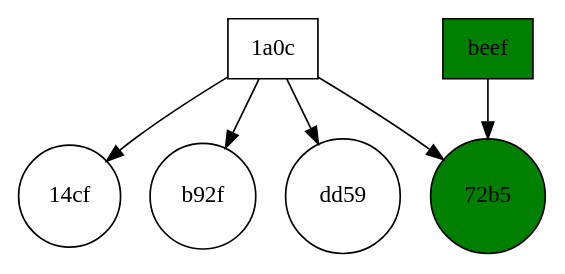
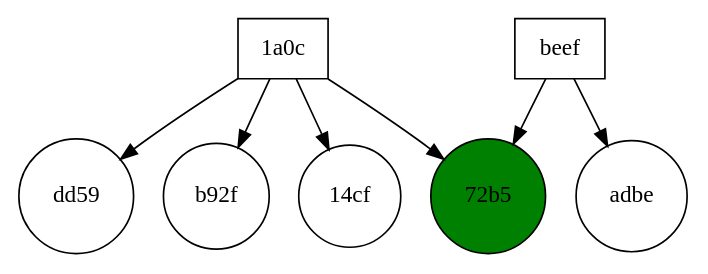
One commit to ziyadalrasbi/F20SC-CW2 changed the diagram in doctest-output/visitor.gv. Above: the diagram before and after it, drawn with Graphviz. The commit also changed 2 other files, not shown here.

```diff
--- a/doctest-output/visitor.gv
+++ b/doctest-output/visitor.gv
@@ -1,19 +1,26 @@
 digraph visitor {
 	graph [rank=min]
 	node [shape=rectangle]
 	"4108dc09bfe11a0c" [label="1a0c" fillcolor=white shape=rectangle style=filled]
+	"4108dc09bfe11a0c" -> "100405170355-00000000ee4bfd24d2ff703b9147dd59"
+	"4108dc09bfe11a0c" -> "100806172045-0000000081705fbea3553bd0d745b92f"
+	"4108dc09bfe11a0c" -> "100806162735-00000000115598650cb8b514246272b5"
 	"4108dc09bfe11a0c" -> "101122221951-00000000a695c340822e61891c8f14cf"
-	"4108dc09bfe11a0c" -> "100806172045-0000000081705fbea3553bd0d745b92f"
-	"4108dc09bfe11a0c" -> "100405170355-00000000ee4bfd24d2ff703b9147dd59"
-	"4108dc09bfe11a0c" -> "100806162735-00000000115598650cb8b514246272b5"
-	"00000000deadbeef" [label=beef fillcolor=green shape=rectangle style=filled]
+	"00000000deadbeef" [label=beef fillcolor=white shape=rectangle style=filled]
 	"00000000deadbeef" -> "100806162735-00000000115598650cb8b514246272b5"
+	"00000000deadbeef" -> "aaaaaaaaaaaa-00000000df1ad06a86c40000000feadbe"
 	subgraph document {
 		graph [rank=max shape=circle]
 		node [shape=circle]
+		"100405170355-00000000ee4bfd24d2ff703b9147dd59" [label=dd59 fillcolor=white shape=circle style=filled]
 		"100806162735-00000000115598650cb8b514246272b5" [label="72b5" fillcolor=green shape=circle style=filled]
+		"100806162735-00000000115598650cb8b514246272b5" [label="72b5" fillcolor=green shape=circle style=filled]
+		"100806172045-0000000081705fbea3553bd0d745b92f" [label=b92f fillcolor=white shape=circle style=filled]
 		"101122221951-00000000a695c340822e61891c8f14cf" [label="14cf" fillcolor=white shape=circle style=filled]
+		"aaaaaaaaaaaa-00000000df1ad06a86c40000000feadbe" [label=adbe fillcolor=white shape=circle style=filled]
+		"100405170355-00000000ee4bfd24d2ff703b9147dd59" [label=dd59 fillcolor=white shape=circle style=filled]
 		"100806172045-0000000081705fbea3553bd0d745b92f" [label=b92f fillcolor=white shape=circle style=filled]
-		"100405170355-00000000ee4bfd24d2ff703b9147dd59" [label=dd59 fillcolor=white shape=circle style=filled]
+		"101122221951-00000000a695c340822e61891c8f14cf" [label="14cf" fillcolor=white shape=circle style=filled]
+		"aaaaaaaaaaaa-00000000df1ad06a86c40000000feadbe" [label=adbe fillcolor=white shape=circle style=filled]
 	}
 }
```
